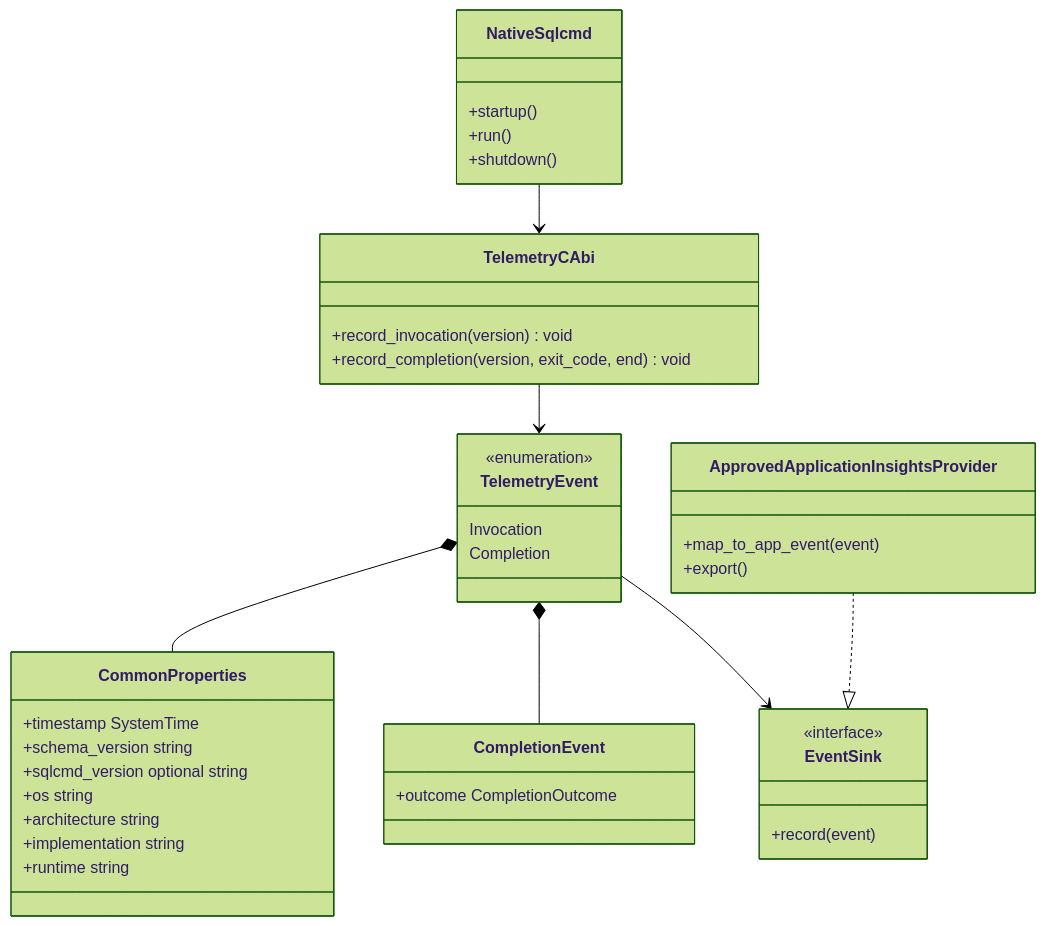
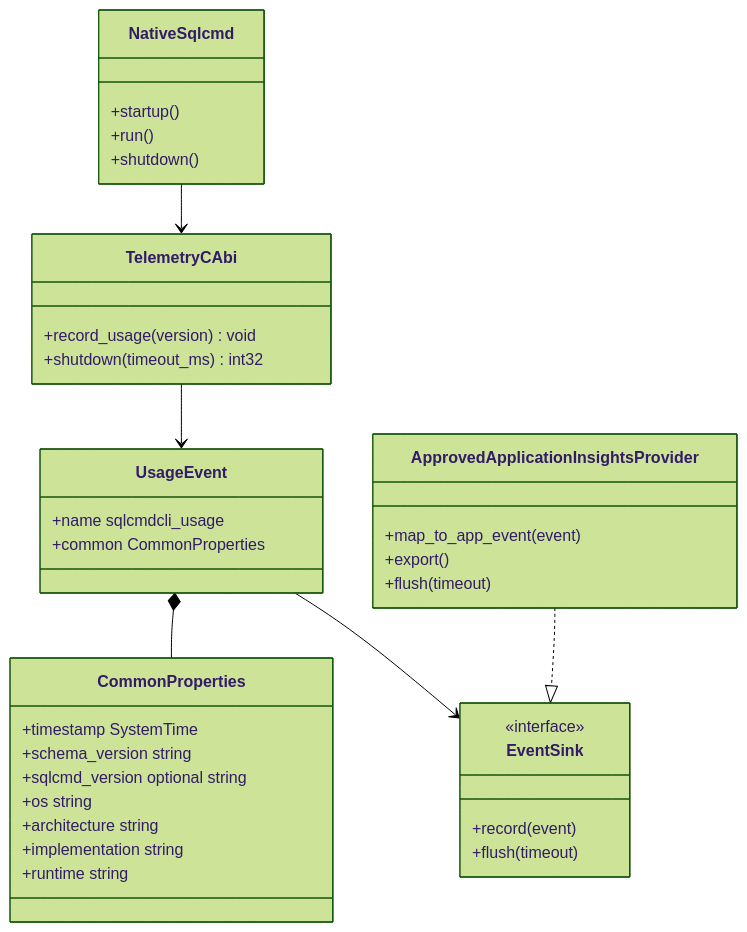
The third of 3 diagrams in mssql-sqlcmd/docs/telemetry.md (microsoft/mssql-rs), drawn with Mermaid (forest theme) before and after one commit. The commit also changed other lines of this file and 4 other files, not shown here.

````diff
--- a/mssql-sqlcmd/docs/telemetry.md
+++ b/mssql-sqlcmd/docs/telemetry.md
@@ -86,50 +80,46 @@
 ```mermaid
 classDiagram
     class NativeSqlcmd {
       +startup()
       +run()
       +shutdown()
     }
 
     class TelemetryCAbi {
-      +record_invocation(version) void
-      +record_completion(version, exit_code, end) void
+      +record_usage(version) void
+      +shutdown(timeout_ms) int32
     }
 
-    class TelemetryEvent {
-      <<enumeration>>
-      Invocation
-      Completion
+    class UsageEvent {
+      +name sqlcmdcli_usage
+      +common CommonProperties
     }
 
     class CommonProperties {
       +timestamp SystemTime
       +schema_version string
       +sqlcmd_version optional string
       +os string
       +architecture string
       +implementation string
       +runtime string
     }
 
-    class CompletionEvent {
-      +outcome CompletionOutcome
-    }
-
     class EventSink {
       <<interface>>
       +record(event)
+      +flush(timeout)
     }
 
     class ApprovedApplicationInsightsProvider {
       +map_to_app_event(event)
       +export()
+      +flush(timeout)
     }
 
     NativeSqlcmd --> TelemetryCAbi
-    TelemetryCAbi --> TelemetryEvent
-    TelemetryEvent *-- CommonProperties
-    TelemetryEvent *-- CompletionEvent
-    TelemetryEvent --> EventSink
+    TelemetryCAbi --> UsageEvent
+    UsageEvent *-- CommonProperties
+    UsageEvent --> EventSink
     ApprovedApplicationInsightsProvider ..|> EventSink
 ```
````
